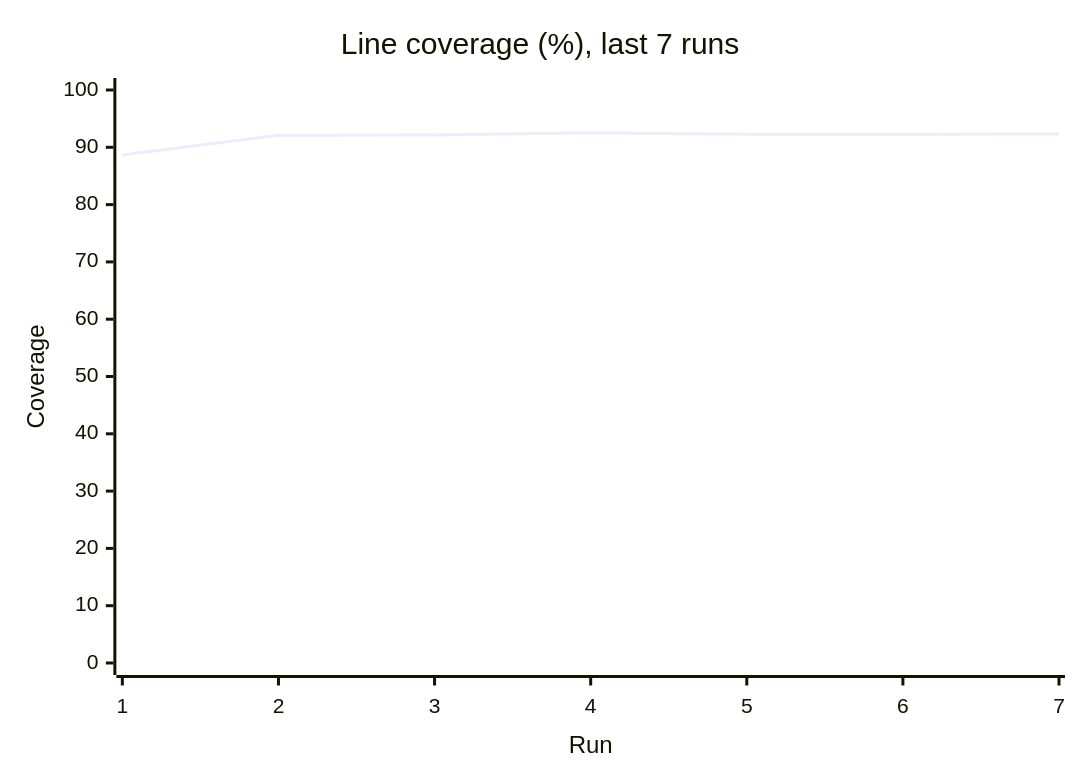
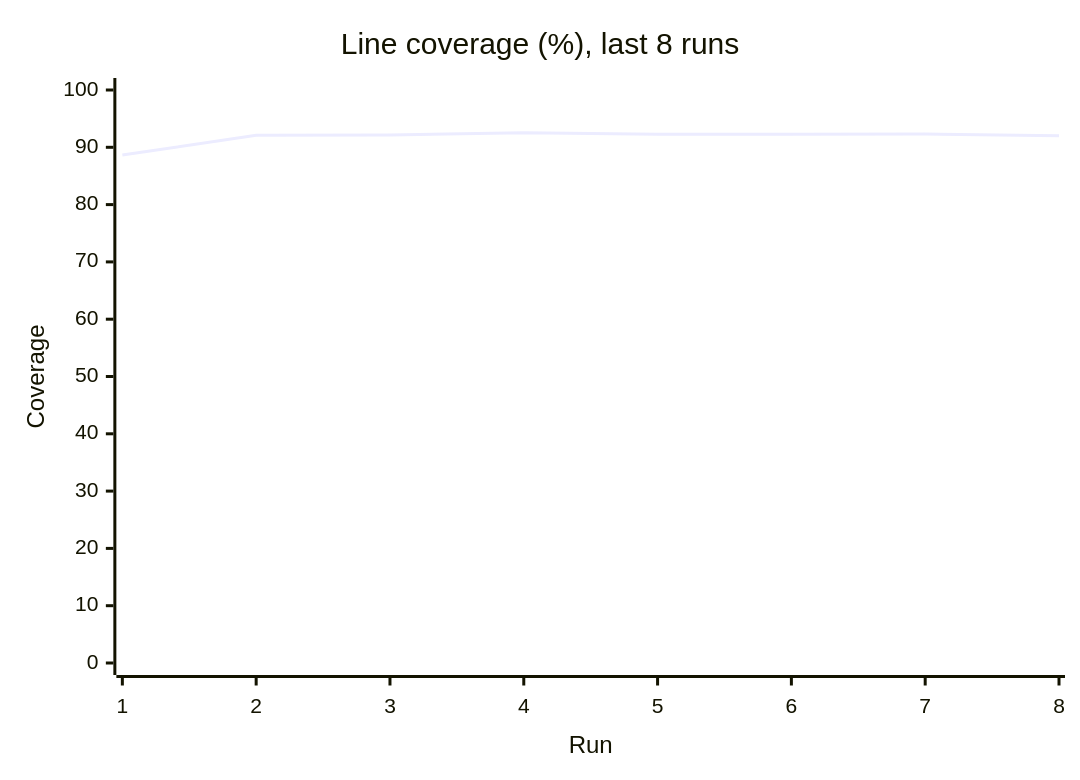
One commit to Shirojoufu/Flaky-Tests changed the third of 3 diagrams in reports/summary.md. Above: the diagram before and after it, drawn with Mermaid. The commit also changed other lines of this file and 6 other files, not shown here.

````diff
--- a/reports/summary.md
+++ b/reports/summary.md
@@ -33,7 +33,7 @@
 ```mermaid
 xychart-beta
-    title "Line coverage (%), last 7 runs"
-    x-axis "Run" [1, 2, 3, 4, 5, 6, 7]
+    title "Line coverage (%), last 8 runs"
+    x-axis "Run" [1, 2, 3, 4, 5, 6, 7, 8]
     y-axis "Coverage" 0 --> 100
-    line [88.65, 92.11, 92.13, 92.54, 92.26, 92.26, 92.3]
+    line [88.65, 92.11, 92.13, 92.54, 92.26, 92.26, 92.3, 92.0]
 ```
````
